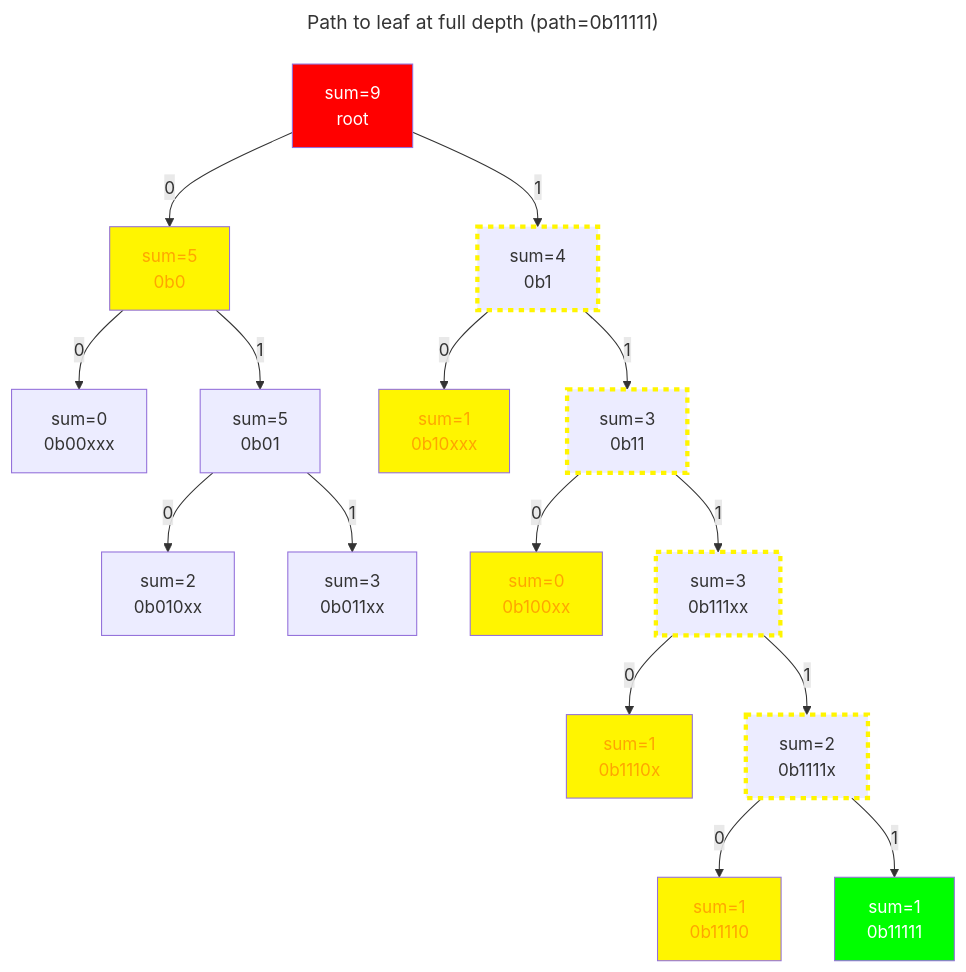
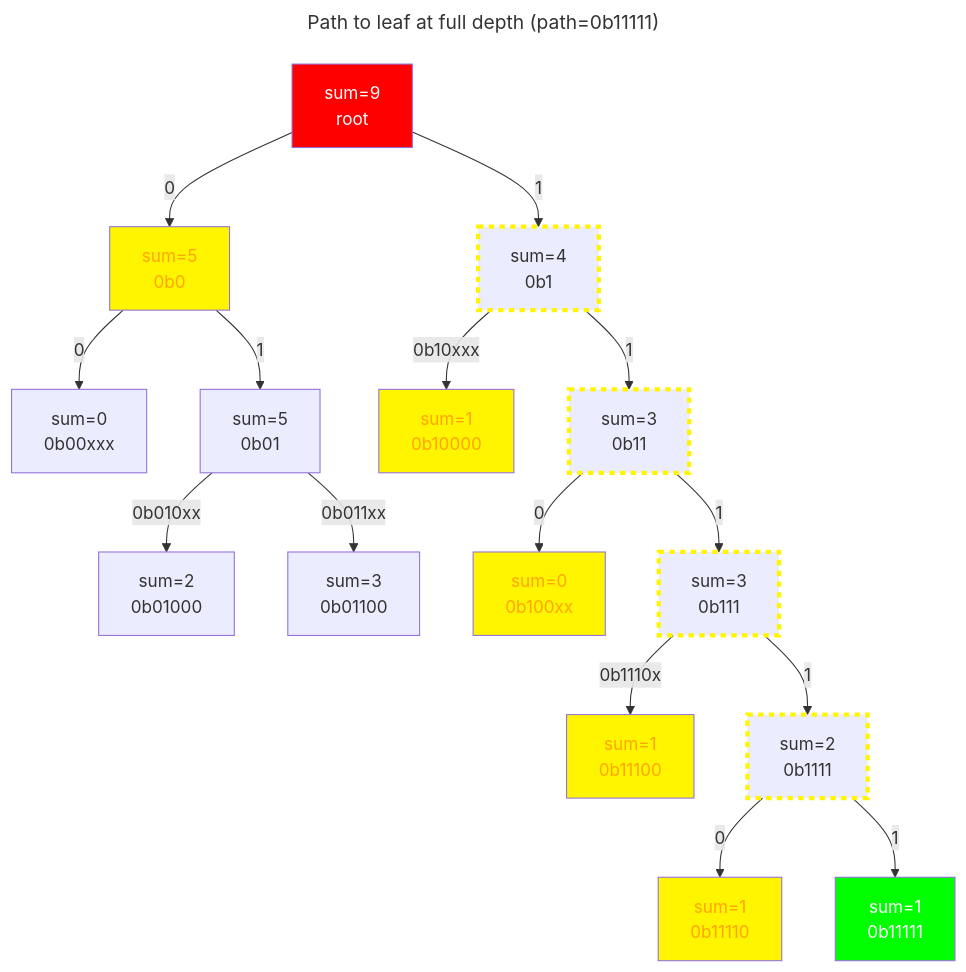
Before and after one commit to pokt-network/poktroll: the fifth of 8 diagrams in docusaurus/docs/protocol/claim_and_proof_lifecycle.md, drawn with Mermaid. The commit also changed other lines of this file and 1 other file, not shown here.

````diff
--- a/docusaurus/docs/protocol/claim_and_proof_lifecycle.md
+++ b/docusaurus/docs/protocol/claim_and_proof_lifecycle.md
@@ -306,44 +325,44 @@
 ```mermaid
 ---
 title: Path to leaf at full depth (path=0b11111)
 ---
 graph TB
     %% Define a class for red nodes
     classDef redNode fill:#ff0000, color:#ffffff;
     classDef greenNode fill:#00ff00, color:#ffffff;
     classDef blueNode fill:#0000ff, color:#ffffff;
     classDef yellowNode fill:#fff500, color:#ffa500
     classDef yellowBorderNode stroke:#fff500, stroke-width:4px, stroke-dasharray: 5 5
 
     %% Define root node
     R[sum=9<br>root]
 
     %% Height = 1
-    R --0--> N1[sum=5<br>0b0]
-    R --1--> N2[sum=4<br>0b1]
+    R -- 0 --> N1[sum=5<br>0b0]
+    R -- 1 --> N2[sum=4<br>0b1]
 
     %% Height = 2
-    N1 --0--> E1[sum=0<br>0b00xxx]
-    N1 --1--> N3[sum=5<br>0b01]
-    N2 --0--> L1[sum=1<br>0b10xxx]
-    N2 --1--> N4[sum=3<br>0b11]
+    N1 -- 0 --> E1[sum=0<br>0b00xxx]
+    N1 -- 1 --> N3[sum=5<br>0b01]
+    N2 -- 0b10xxx --> L1[sum=1<br>0b10000]
+    N2 -- 1 --> N4[sum=3<br>0b11]
 
     %% Height = 3
-    N3 --0--> L2[sum=2<br>0b010xx]
-    N3 --1--> L3[sum=3<br>0b011xx]
-    N4 --0--> E2[sum=0<br>0b100xx]
-    N4 --1--> N5[sum=3<br>0b111xx]
+    N3 -- 0b010xx --> L2[sum=2<br>0b01000]
+    N3 -- 0b011xx --> L3[sum=3<br>0b01100]
+    N4 -- 0 --> E2[sum=0<br>0b100xx]
+    N4 -- 1 --> N5[sum=3<br>0b111]
 
     %% Height = 4
-    N5 --0--> L4[sum=1<br>0b1110x]
-    N5 --1--> N6[sum=2<br>0b1111x]
+    N5 -- 0b1110x --> L4[sum=1<br>0b11100]
+    N5 -- 1 --> N6[sum=2<br>0b1111]
 
     %% Height = 5
-    N6 --0--> L5[sum=1<br>0b11110]
-    N6 --1--> L6[sum=1<br>0b11111]
+    N6 -- 0 --> L5[sum=1<br>0b11110]
+    N6 -- 1 --> L6[sum=1<br>0b11111]
 
     class R redNode;
     class L1,L4,L5,E2,N1 yellowNode;
     class N6,N5,N4,N2 yellowBorderNode;
     class L6 greenNode;
 ```
````
